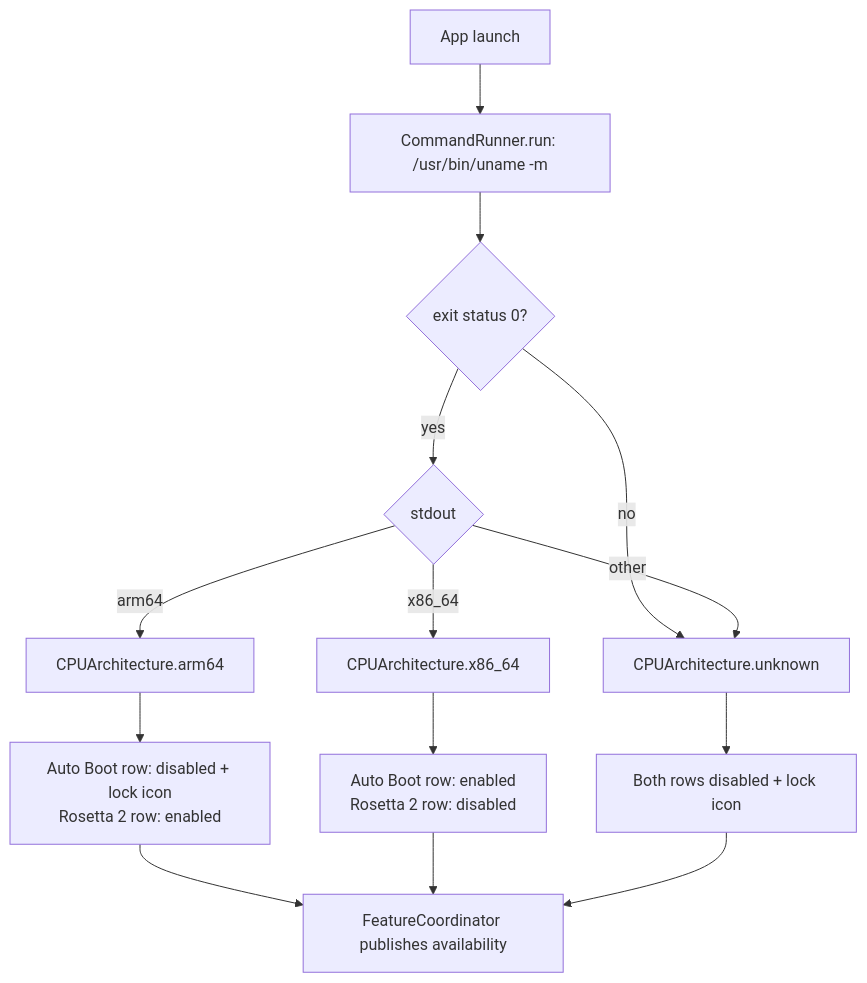
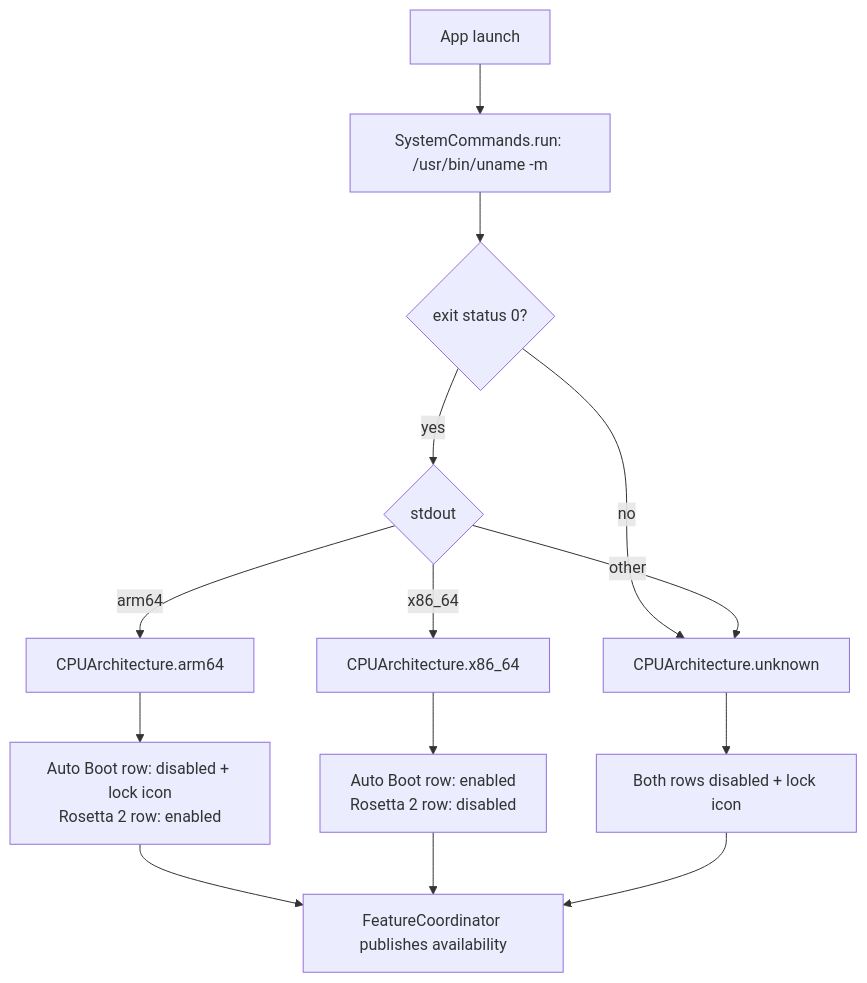
The seventh of 7 diagrams in docs/ARCHITECTURE.md (pppoipoit/Rosetta_Stone), drawn with Mermaid before and after one commit. The commit also changed other lines of this file and 24 other files, not shown here.

````diff
--- a/docs/ARCHITECTURE.md
+++ b/docs/ARCHITECTURE.md
@@ -381,16 +439,16 @@
 ```mermaid
 flowchart TD
-    A["App launch"] --> B["CommandRunner.run: /usr/bin/uname -m"]
+    A["App launch"] --> B["SystemCommands.run: /usr/bin/uname -m"]
     B --> C{"exit status 0?"}
     C -- no --> D["CPUArchitecture.unknown"]
     C -- yes --> E{"stdout"}
     E -- "arm64" --> F["CPUArchitecture.arm64"]
     E -- "x86_64" --> G["CPUArchitecture.x86_64"]
     E -- other --> D
     F --> H["Auto Boot row: disabled + lock icon<br/>Rosetta 2 row: enabled"]
     G --> I["Auto Boot row: enabled<br/>Rosetta 2 row: disabled"]
     D --> J["Both rows disabled + lock icon"]
     H --> K["FeatureCoordinator publishes availability"]
     I --> K
     J --> K
 ```
````
